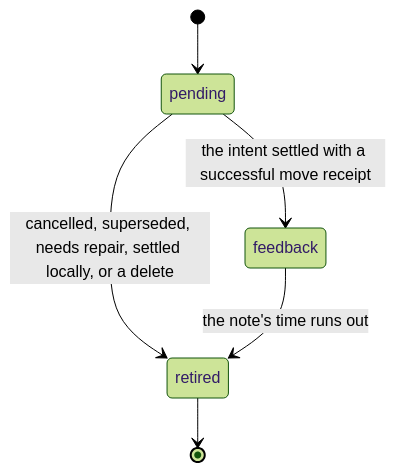
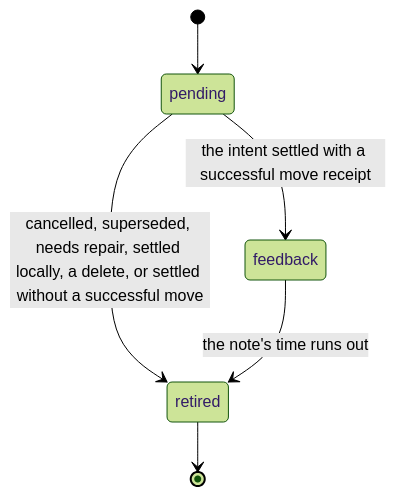
One commit to haowjy/meridian-flow changed the third of 3 diagrams in apps/app/src/features/project/context/.context/state-machines.md. Above: the diagram before and after it, drawn with Mermaid (forest theme). The commit also changed other lines of this file, not shown here.

````diff
--- a/apps/app/src/features/project/context/.context/state-machines.md
+++ b/apps/app/src/features/project/context/.context/state-machines.md
@@ -65,8 +69,8 @@
 ```mermaid
 stateDiagram-v2
   [*] --> pending
   pending --> feedback: the intent settled with a successful move receipt
-  pending --> retired: cancelled, superseded, needs repair, settled locally, or a delete
+  pending --> retired: cancelled, superseded, needs repair, settled locally, a delete, or settled without a successful move
   feedback --> retired: the note's time runs out
   retired --> [*]
 ```
````
